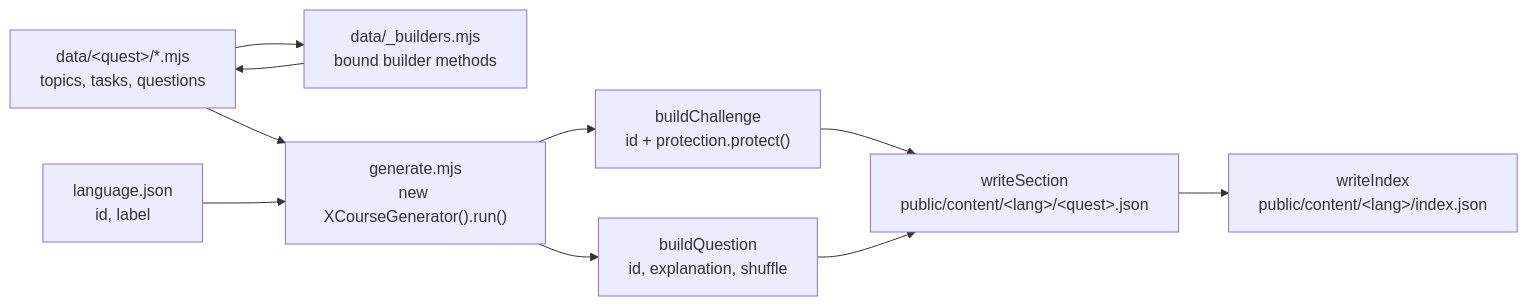
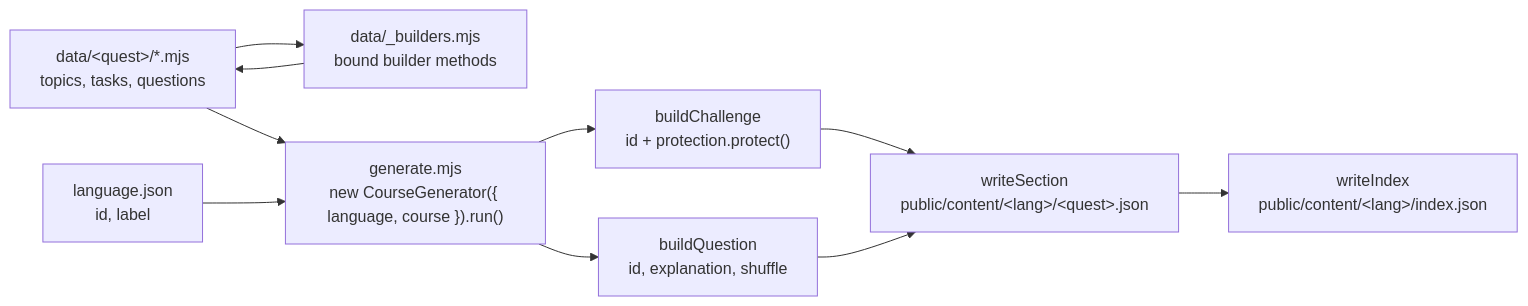
One commit to ubuntu-apps/code-quest changed the third of 8 diagrams in ARCHITECTURE.md. Above: the diagram before and after it, drawn with Mermaid. The commit also changed other lines of this file and 18 other files, not shown here.

First line of the commit message:
Editor colouring and generator settings from language.json

````diff
--- a/ARCHITECTURE.md
+++ b/ARCHITECTURE.md
@@ -122,12 +117,12 @@
 ```mermaid
 flowchart LR
   F["data/#lt;quest#gt;/*.mjs<br/>topics, tasks, questions"] --> B["data/_builders.mjs<br/>bound builder methods"]
   B --> F
-  F --> G["generate.mjs<br/>new XCourseGenerator().run()"]
+  F --> G["generate.mjs<br/>new CourseGenerator({ language, course }).run()"]
   J["language.json<br/>id, label"] --> G
   G --> BC["buildChallenge<br/>id + protection.protect()"]
   G --> BQ["buildQuestion<br/>id, explanation, shuffle"]
   BC --> W["writeSection<br/>public/content/#lt;lang#gt;/#lt;quest#gt;.json"]
   BQ --> W
   W --> I["writeIndex<br/>public/content/#lt;lang#gt;/index.json"]
 ```
````
